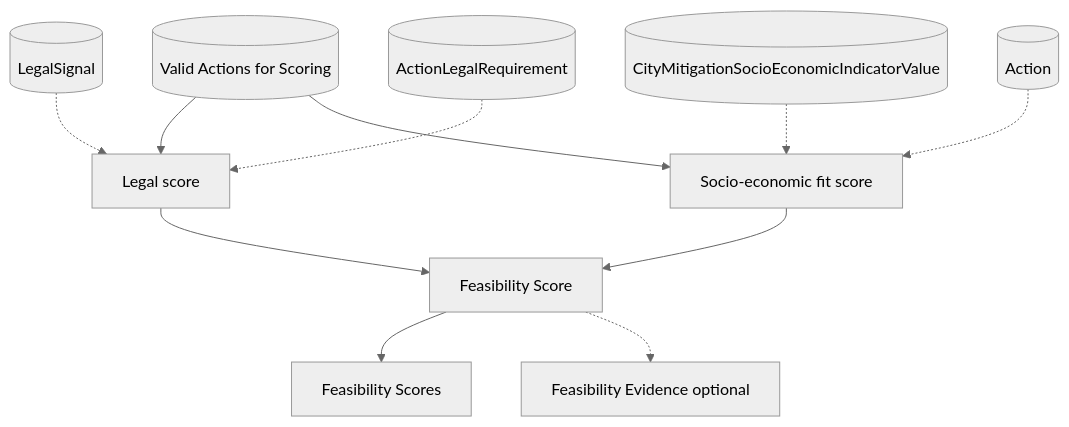
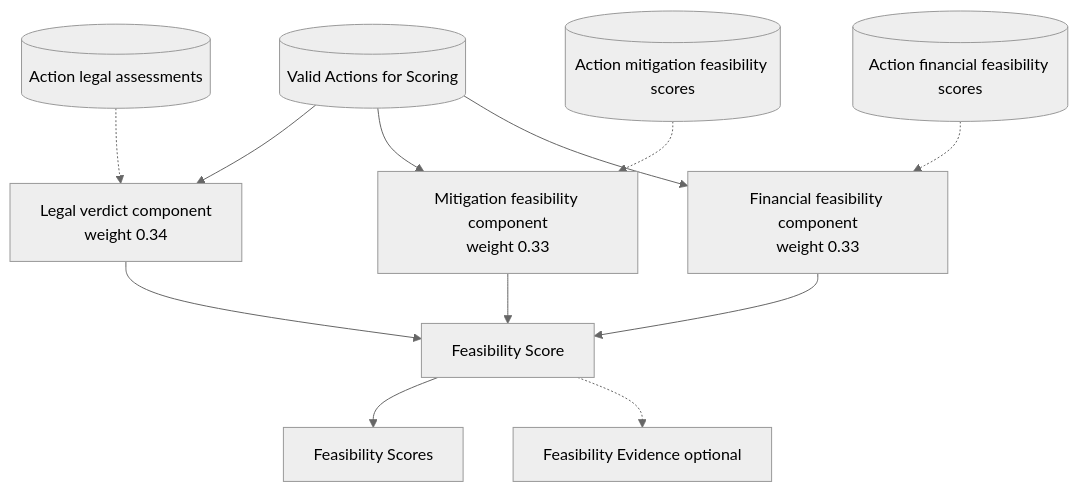
The fourth of 5 diagrams in hiap-meed/docs/detailed-block-architecture.md (Open-Earth-Foundation/CityCatalyst), drawn with Mermaid (neutral theme) before and after one commit. The commit also changed other lines of this file and 24 other files, not shown here.

````diff
--- a/hiap-meed/docs/detailed-block-architecture.md
+++ b/hiap-meed/docs/detailed-block-architecture.md
@@ -246,29 +250,31 @@
 ```mermaid
 graph TD
   Valid[(Valid Actions for Scoring)]
-  LegSig[(LegalSignal)]
-  ActLeg[(ActionLegalRequirement)]
-  CitySoc[(CityMitigationSocioEconomicIndicatorValue)]
-  ActionTbl[(Action)]
+  LegalRows[(Action legal assessments)]
+  MitRows[(Action mitigation feasibility scores)]
+  FinRows[(Action financial feasibility scores)]
 
-  LegalSoft[Legal score]
-  SocFit[Socio-economic fit score]
+  LegalSoft[Legal verdict component<br/>weight 0.34]
+  MitFit[Mitigation feasibility component<br/>weight 0.33]
+  FinFit[Financial feasibility component<br/>weight 0.33]
 
   Combine[Feasibility Score]
   FeasOut[Feasibility Scores]
   FeasExplain[Feasibility Evidence optional]
 
   Valid --> LegalSoft
-  LegSig -.-> LegalSoft
-  ActLeg -.-> LegalSoft
+  LegalRows -.-> LegalSoft
 
-  Valid --> SocFit
-  CitySoc -.-> SocFit
-  ActionTbl -.-> SocFit
+  Valid --> MitFit
+  MitRows -.-> MitFit
+
+  Valid --> FinFit
+  FinRows -.-> FinFit
 
   LegalSoft --> Combine
-  SocFit --> Combine
+  MitFit --> Combine
+  FinFit --> Combine
 
   Combine --> FeasOut
   Combine -.-> FeasExplain
 ```
````
